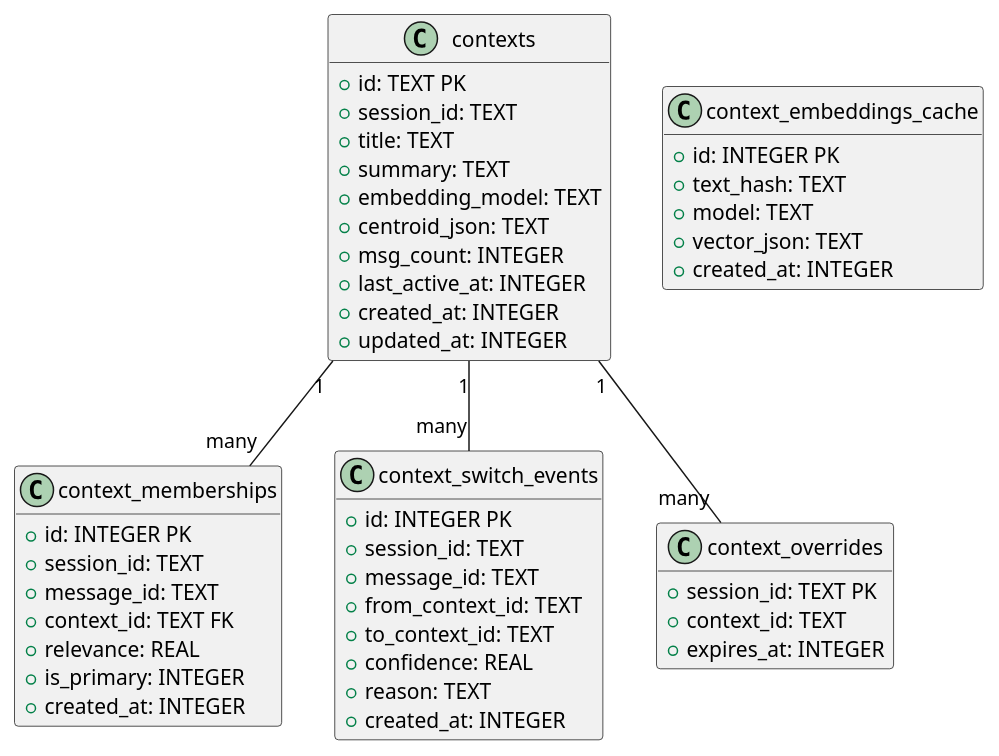
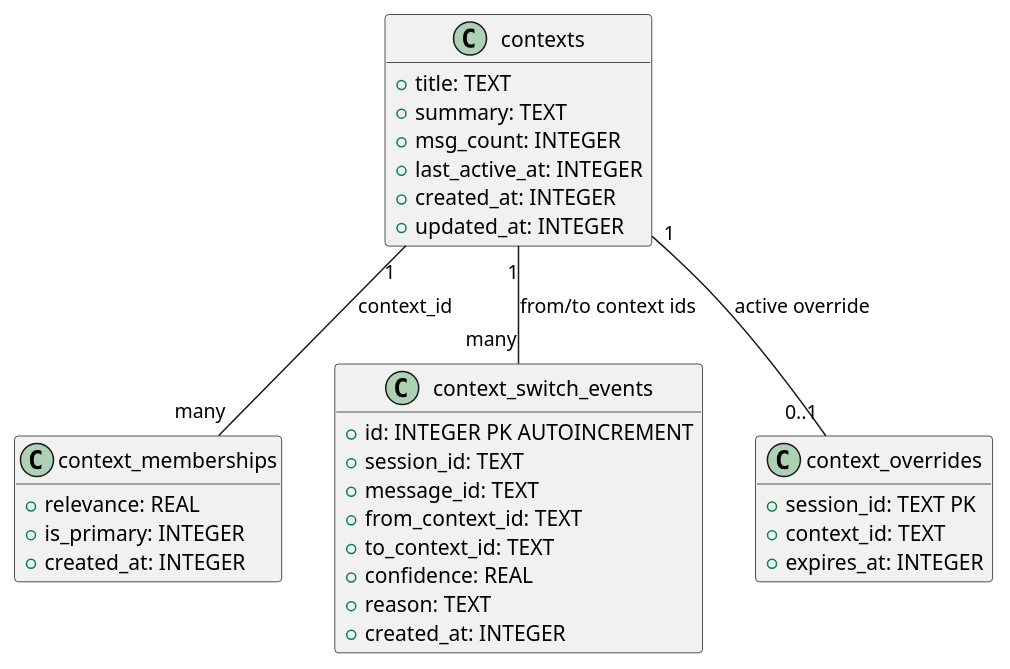
Before and after one commit to manorit2001/opencode-rlm-plugin: the fourth of 5 diagrams in docs/CONTEXT_LANES_ARCHITECTURE.md, drawn with PlantUML. The commit also changed other lines of this file and 1 other file, not shown here.

First line of the commit message:
docs: align architecture UMLs with opencode-first runtime

````diff
--- a/docs/CONTEXT_LANES_ARCHITECTURE.md
+++ b/docs/CONTEXT_LANES_ARCHITECTURE.md
@@ -135,60 +149,49 @@
 ```plantuml
 @startuml
 hide methods
 hide stereotypes
 
 class contexts {
-  +id: TEXT PK
-  +session_id: TEXT
+  +session_id: TEXT (PK part)
+  +id: TEXT (PK part)
   +title: TEXT
   +summary: TEXT
   +status: TEXT(active|archived)
-  +embedding_model: TEXT
-  +centroid_json: TEXT
   +msg_count: INTEGER
   +last_active_at: INTEGER
   +created_at: INTEGER
   +updated_at: INTEGER
 }
 
 class context_memberships {
-  +id: INTEGER PK
-  +session_id: TEXT
-  +message_id: TEXT
-  +context_id: TEXT FK
+  +session_id: TEXT (PK part)
+  +message_id: TEXT (PK part)
+  +context_id: TEXT (PK part)
   +relevance: REAL
   +is_primary: INTEGER
   +created_at: INTEGER
 }
 
 class context_switch_events {
-  +id: INTEGER PK
+  +id: INTEGER PK AUTOINCREMENT
   +session_id: TEXT
   +message_id: TEXT
   +from_context_id: TEXT
   +to_context_id: TEXT
   +confidence: REAL
   +reason: TEXT
   +created_at: INTEGER
 }
 
 class context_overrides {
   +session_id: TEXT PK
   +context_id: TEXT
   +expires_at: INTEGER
 }
 
-class context_embeddings_cache {
-  +id: INTEGER PK
-  +text_hash: TEXT
-  +model: TEXT
-  +vector_json: TEXT
-  +created_at: INTEGER
-}
-
-contexts "1" -- "many" context_memberships
-contexts "1" -- "many" context_switch_events
-contexts "1" -- "many" context_overrides
+contexts "1" -- "many" context_memberships : context_id
+contexts "1" -- "many" context_switch_events : from/to context ids
+contexts "1" -- "0..1" context_overrides : active override
 
 @enduml
 ```
````
